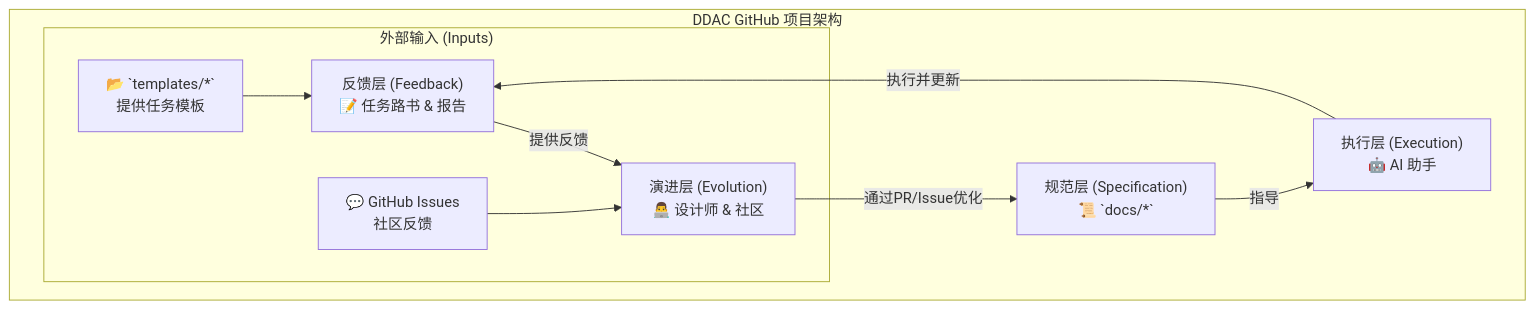
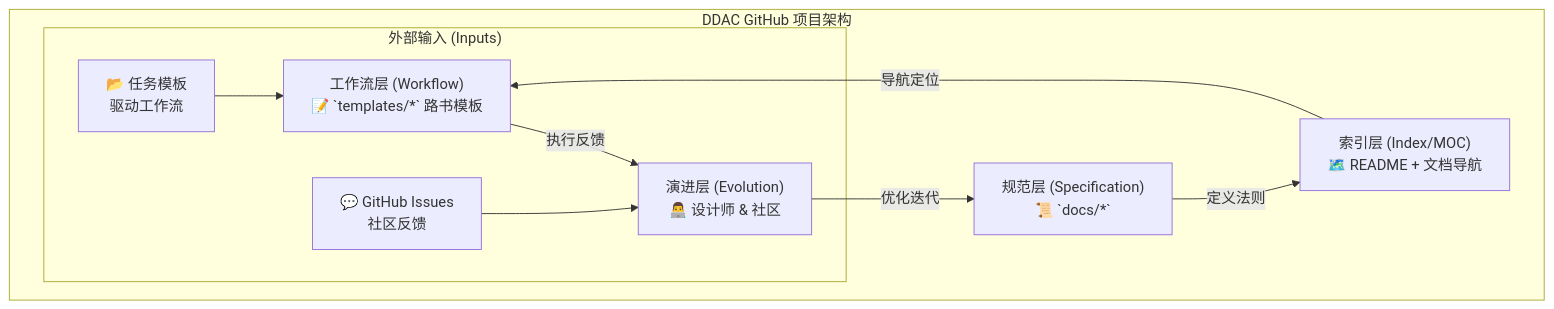
Before and after one commit to ArnoFrost/DDAC: the second of 2 diagrams in README.md, drawn with Mermaid. The commit also changed other lines of this file and 40 other files, not shown here.

````diff
--- a/README.md
+++ b/README.md
@@ -143,21 +103,21 @@
 ```mermaid
 graph TD
     subgraph "DDAC GitHub 项目架构"
-        A -- "指导" --> B
-        B -- "执行并更新" --> C
-        C -- "提供反馈" --> D
-        D -- "通过PR/Issue优化" --> A
+        A -- "定义法则" --> B
+        B -- "导航定位" --> C
+        C -- "执行反馈" --> D
+        D -- "优化迭代" --> A
 
         subgraph "外部输入 (Inputs)"
             T --> C
             I --> D
         end
     end
 
     A["规范层 (Specification)<br>📜 `docs/*`"]
-    B["执行层 (Execution)<br>🤖 AI 助手"]
-    C["反馈层 (Feedback)<br>📝 任务路书 & 报告"]
+    B["索引层 (Index/MOC)<br>🗺️ README + 文档导航"]
+    C["工作流层 (Workflow)<br>📝 `templates/*` 路书模板"]
     D["演进层 (Evolution)<br>👨‍💻 设计师 & 社区"]
-    T["📂 `templates/*`<br>提供任务模板"]
+    T["📂 任务模板<br>驱动工作流"]
     I["💬 GitHub Issues<br>社区反馈"]
 ```
````
